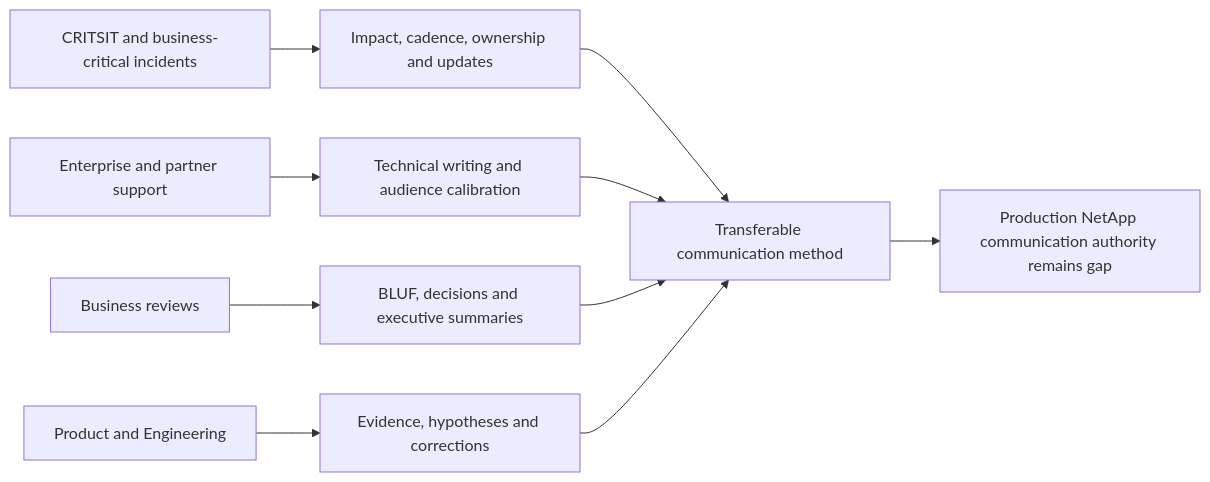
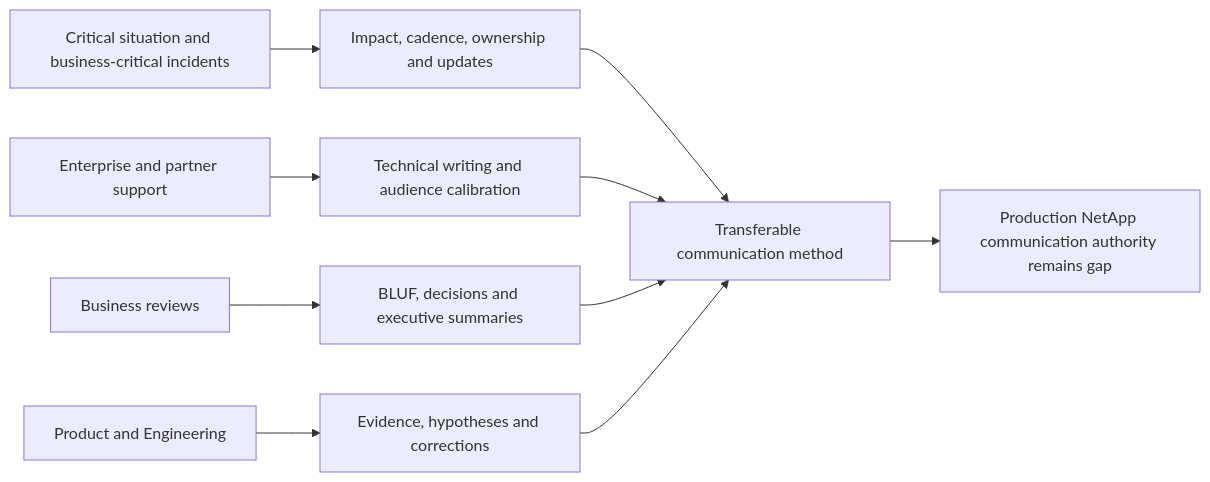
Before and after one commit to hichauhan-in/Interview-Prep: diagram 20 of 21 in NetApp TAM/prep/Part-66-executive-communication-technical-writing.md, drawn with Mermaid. The commit also changed other lines of this file and 493 other files, not shown here.

````diff
--- a/NetApp TAM/prep/Part-66-executive-communication-technical-writing.md
+++ b/NetApp TAM/prep/Part-66-executive-communication-technical-writing.md
@@ -764,12 +764,12 @@
 ```mermaid
 flowchart LR
-    CRIT[CRITSIT and business-critical incidents] --> INCIDENT[Impact, cadence, ownership and updates]
+    CRIT[Critical situation and business-critical incidents] --> INCIDENT[Impact, cadence, ownership and updates]
     SUP[Enterprise and partner support] --> TECH[Technical writing and audience calibration]
     REV[Business reviews] --> EXEC[BLUF, decisions and executive summaries]
     ENG[Product and Engineering] --> EVID[Evidence, hypotheses and corrections]
     INCIDENT --> METHOD[Transferable communication method]
     TECH --> METHOD
     EXEC --> METHOD
     EVID --> METHOD
     METHOD --> GAP[Production NetApp communication authority remains gap]
 ```
````
